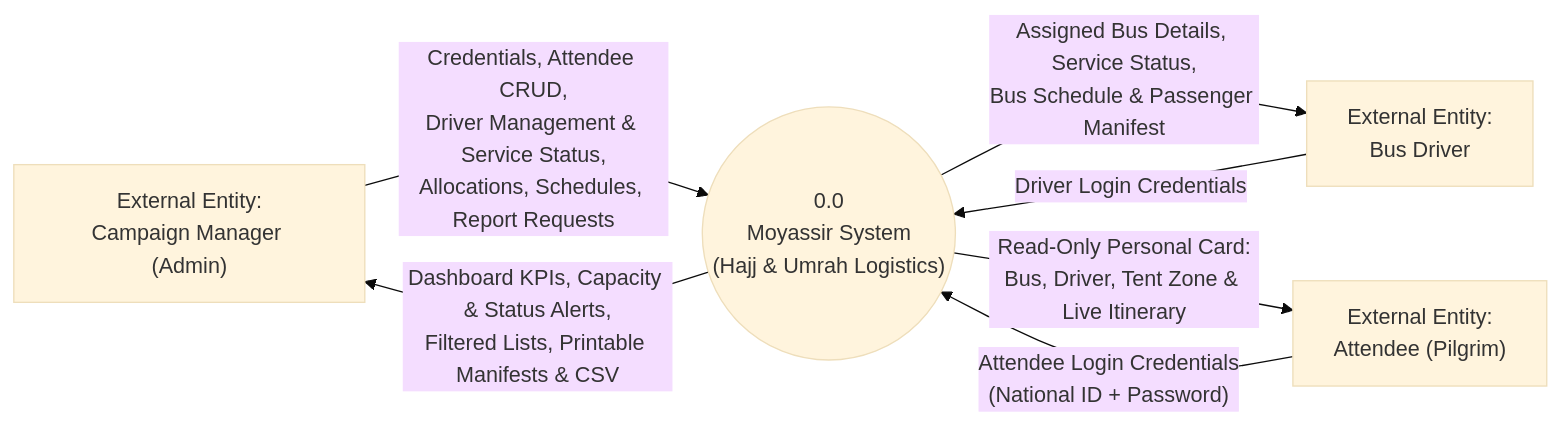
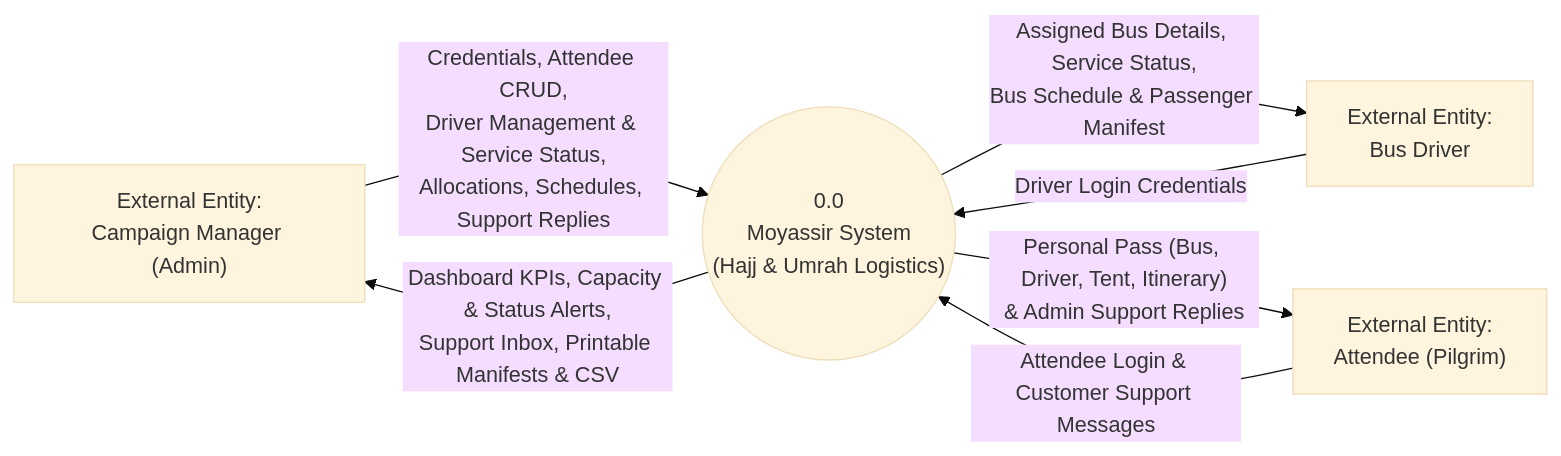
The first of 2 diagrams in docs/diagrams/04-dfd.md (0xMrHex/moyassir-cpit251), drawn with Mermaid (base theme) before and after one commit. The commit also changed other lines of this file and 36 other files, not shown here.

Commit message:
Add Pilgrim Customer Support form & Admin Support Inbox (US-09, 20/20 tests, synced PDFs & diagrams)

````diff
--- a/docs/diagrams/04-dfd.md
+++ b/docs/diagrams/04-dfd.md
@@ -6,16 +6,16 @@
 ```mermaid
 flowchart LR
     Admin["External Entity:<br/>Campaign Manager (Admin)"]
     Driver["External Entity:<br/>Bus Driver"]
     Attendee["External Entity:<br/>Attendee (Pilgrim)"]
     System(("0.0<br/>Moyassir System<br/>(Hajj & Umrah Logistics)"))
 
-    Admin -- "Credentials, Attendee CRUD,<br/>Driver Management & Service Status,<br/>Allocations, Schedules, Report Requests" --> System
-    System -- "Dashboard KPIs, Capacity & Status Alerts,<br/>Filtered Lists, Printable Manifests & CSV" --> Admin
+    Admin -- "Credentials, Attendee CRUD,<br/>Driver Management & Service Status,<br/>Allocations, Schedules, Support Replies" --> System
+    System -- "Dashboard KPIs, Capacity & Status Alerts,<br/>Support Inbox, Printable Manifests & CSV" --> Admin
 
     Driver -- "Driver Login Credentials" --> System
     System -- "Assigned Bus Details, Service Status,<br/>Bus Schedule & Passenger Manifest" --> Driver
 
-    Attendee -- "Attendee Login Credentials<br/>(National ID + Password)" --> System
-    System -- "Read-Only Personal Card:<br/>Bus, Driver, Tent Zone & Live Itinerary" --> Attendee
+    Attendee -- "Attendee Login & Customer Support Messages" --> System
+    System -- "Personal Pass (Bus, Driver, Tent, Itinerary)<br/>& Admin Support Replies" --> Attendee
 ```
````
